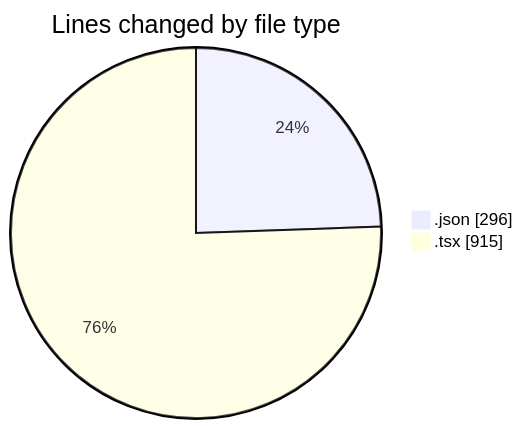
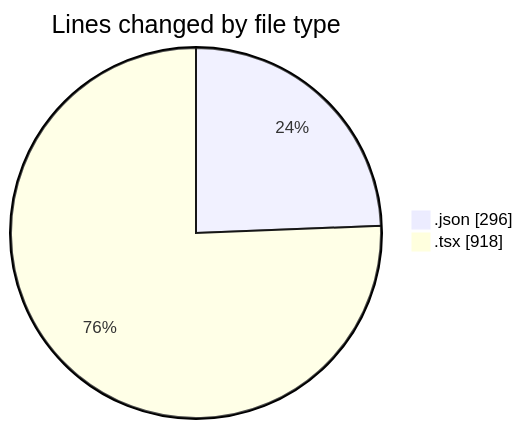
Before and after one commit to julien-gomy/code-tracking: the first of 2 diagrams in 2025-10-07/eventscop-frontend-guide__workspace_/README.md, drawn with Mermaid. The commit also changed other lines of this file and 1 other file, not shown here.

````diff
--- a/2025-10-07/eventscop-frontend-guide__workspace_/README.md
+++ b/2025-10-07/eventscop-frontend-guide__workspace_/README.md
@@ -23,6 +23,6 @@
 ```mermaid
 pie showData
 title Lines changed by file type
 ".json" : 296
-".tsx" : 915
+".tsx" : 918
 ```
````
